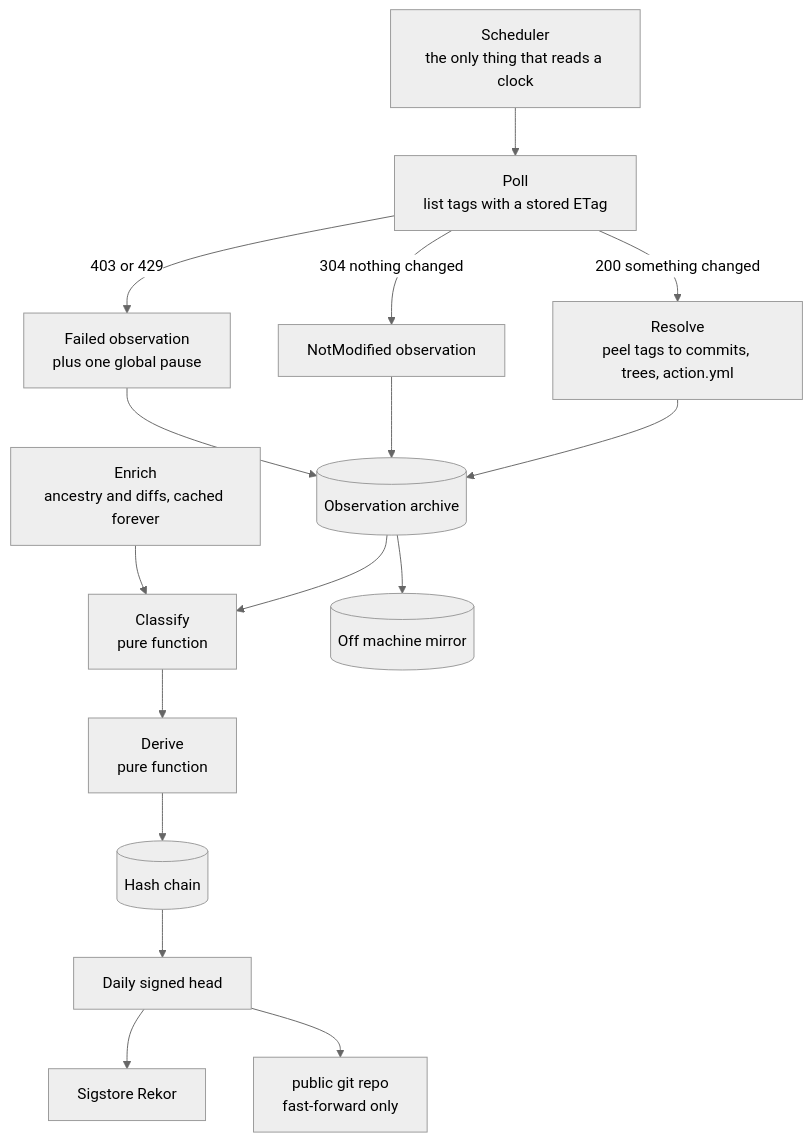
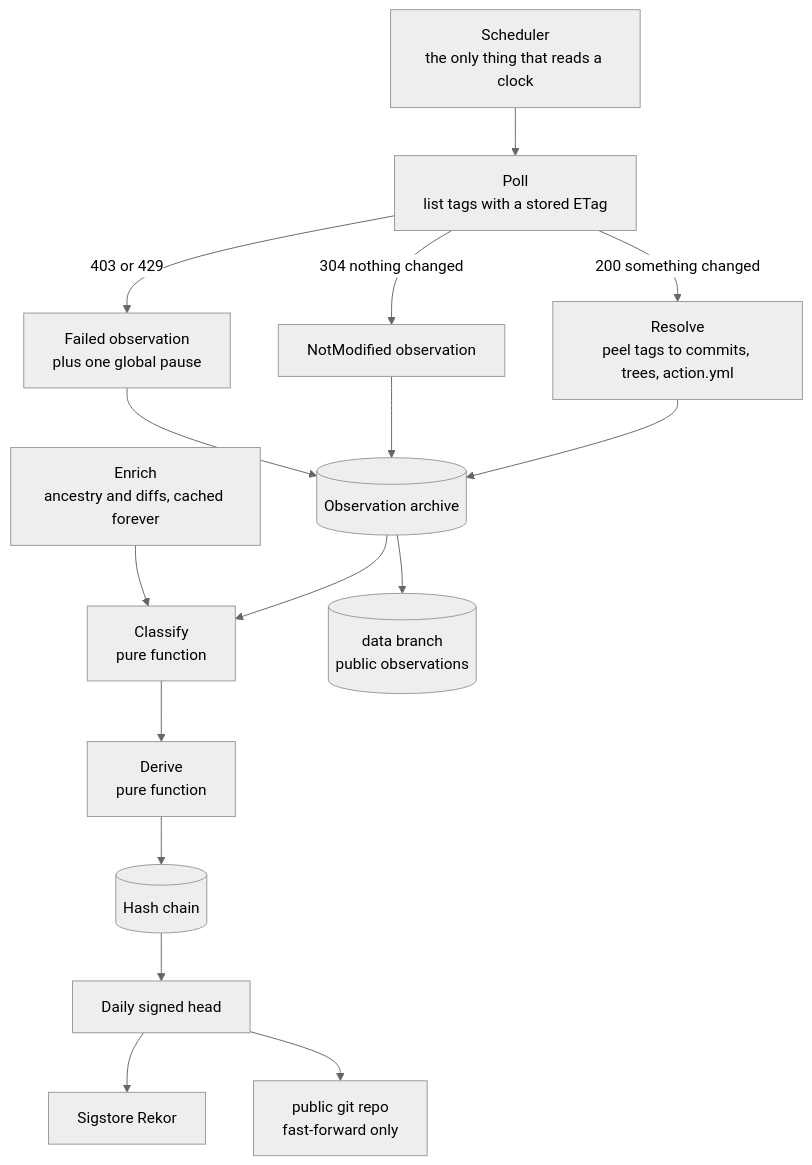
Before and after one commit to GautamTalksDev/refledger: the first of 6 diagrams in docs/HOW-IT-WORKS.md, drawn with Mermaid (neutral theme). The commit also changed other lines of this file and 19 other files, not shown here.

````diff
--- a/docs/HOW-IT-WORKS.md
+++ b/docs/HOW-IT-WORKS.md
@@ -5,18 +5,18 @@
 ```mermaid
 flowchart TD
     S["Scheduler<br/>the only thing that reads a clock"] --> P["Poll<br/>list tags with a stored ETag"]
     P -->|"304 nothing changed"| NM["NotModified observation"]
     P -->|"200 something changed"| R["Resolve<br/>peel tags to commits, trees, action.yml"]
     P -->|"403 or 429"| F["Failed observation<br/>plus one global pause"]
     R --> O[("Observation archive")]
     NM --> O
     F --> O
     O --> C["Classify<br/>pure function"]
     E["Enrich<br/>ancestry and diffs, cached forever"] --> C
     C --> D["Derive<br/>pure function"]
     D --> L[("Hash chain")]
     L --> H["Daily signed head"]
     H --> K["Sigstore Rekor"]
     H --> G["public git repo<br/>fast-forward only"]
-    O --> M[("Off machine mirror")]
+    O --> M[("data branch<br/>public observations")]
 ```
````
